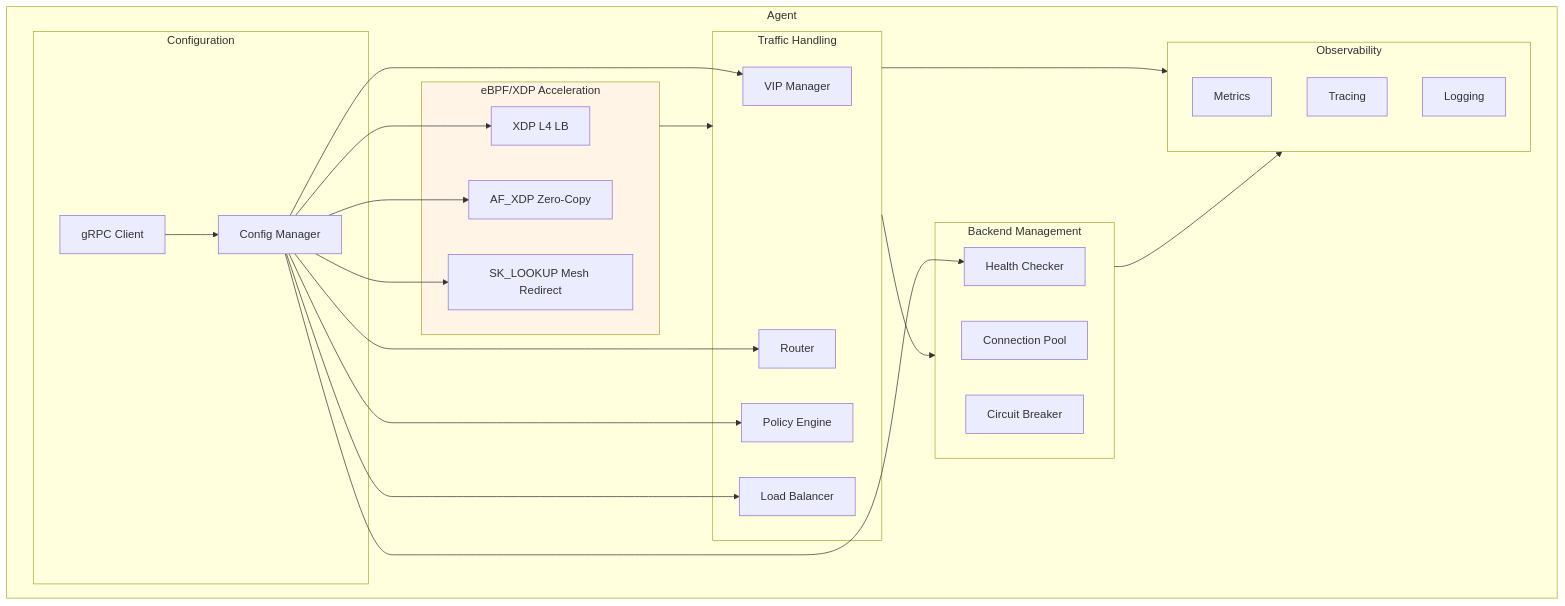
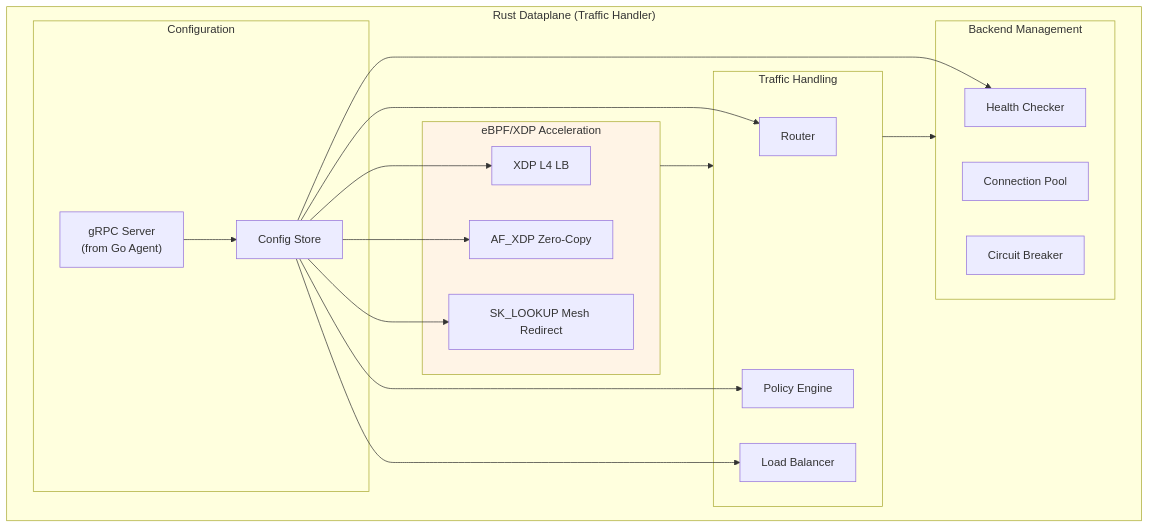
One commit to azrtydxb/novaedge changed the sixth of 16 diagrams in docs/architecture/components.md. Above: the diagram before and after it, drawn with Mermaid. The commit also changed other lines of this file and 11 other files, not shown here.

````diff
--- a/docs/architecture/components.md
+++ b/docs/architecture/components.md
@@ -186,44 +227,35 @@
 ```mermaid
 flowchart TB
-    subgraph Agent["Agent"]
-        subgraph Config["Configuration"]
-            GC["gRPC Client"]
-            CM["Config Manager"]
+    subgraph Dataplane["Rust Dataplane (Traffic Handler)"]
+        subgraph ConfigRecv["Configuration"]
+            GRPC_RECV["gRPC Server<br/>(from Go Agent)"]
+            CFG["Config Store"]
         end
 
         subgraph eBPFAccel["eBPF/XDP Acceleration"]
             XDP["XDP L4 LB"]
             AFXDP["AF_XDP Zero-Copy"]
             SKLOOKUP["SK_LOOKUP Mesh Redirect"]
         end
 
         subgraph Traffic["Traffic Handling"]
-            VIP["VIP Manager"]
             RT["Router"]
             POL["Policy Engine"]
             LB["Load Balancer"]
         end
 
         subgraph Backend["Backend Management"]
             HC["Health Checker"]
             POOL["Connection Pool"]
             CB["Circuit Breaker"]
         end
-
-        subgraph Observability["Observability"]
-            MET["Metrics"]
-            TRC["Tracing"]
-            LOG["Logging"]
-        end
     end
 
-    GC --> CM
-    CM --> VIP & RT & POL & LB & HC & XDP & AFXDP & SKLOOKUP
+    GRPC_RECV --> CFG
+    CFG --> RT & POL & LB & HC & XDP & AFXDP & SKLOOKUP
 
     eBPFAccel --> Traffic
     Traffic --> Backend
-    Traffic --> Observability
-    Backend --> Observability
 
     style eBPFAccel fill:#fff4e6
 ```
````
